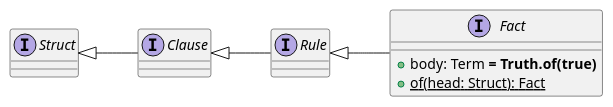
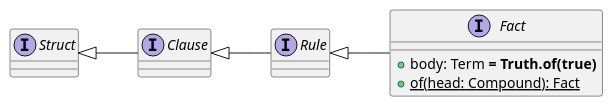
Before and after one commit to tuProlog/2p-kt: the diagram in documentation/diagrams/fact.puml, drawn with PlantUML. The commit also changed 9 other files, not shown here.

```diff
--- a/documentation/diagrams/fact.puml
+++ b/documentation/diagrams/fact.puml
@@ -1,19 +1,19 @@
 @startuml
 left to right direction
 skinparam shadowing false
 
 interface Struct
 
 interface Clause
 
 interface Rule
 
 interface Fact {
   + body: Term **= Truth.of(true)**
-  + {static} of(head: Struct): Fact
+  + {static} of(head: Compound): Fact
 }
 
 Struct <|-- Clause
 Clause <|-- Rule
 Rule <|-- Fact
 @enduml
```
